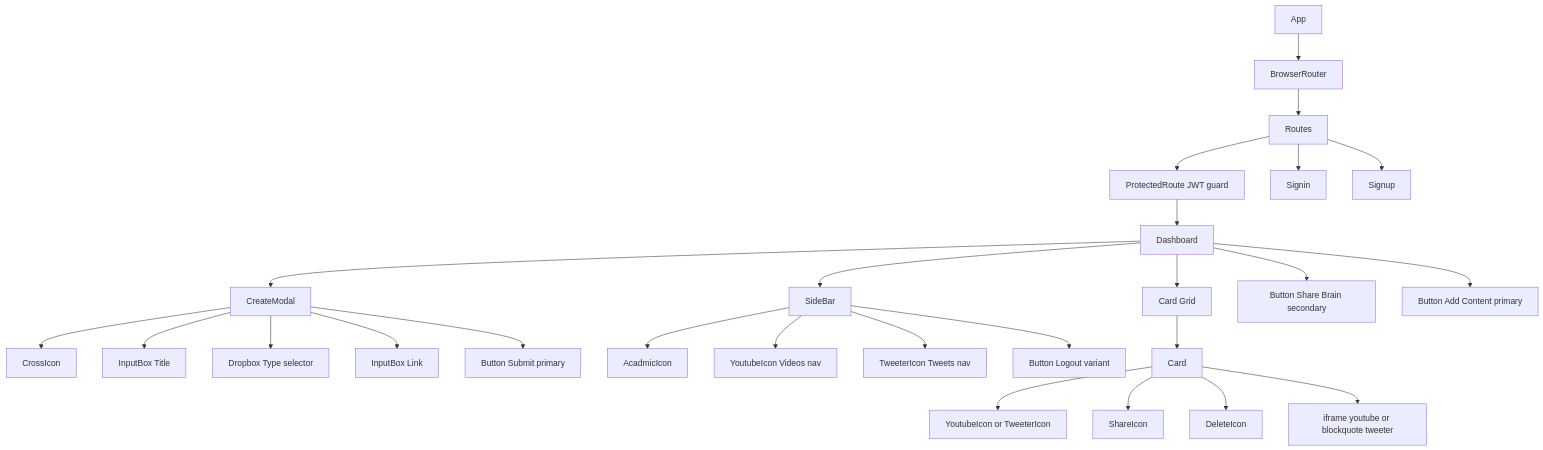
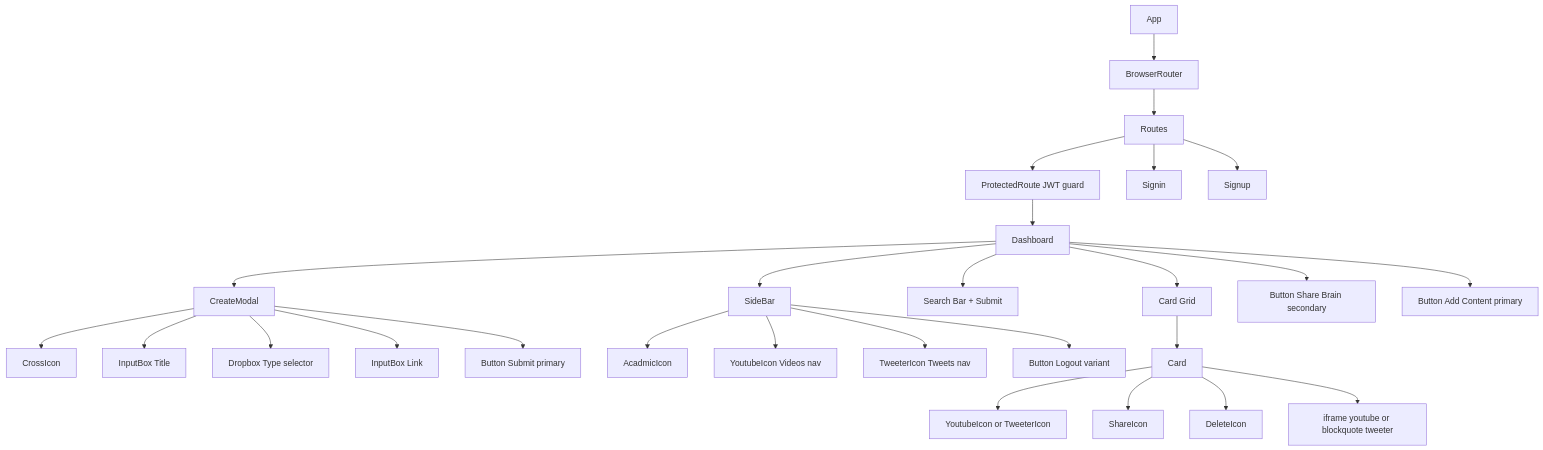
One commit to adityasrivastava19/brainly-frontend changed the second of 8 diagrams in README.md. Above: the diagram before and after it, drawn with Mermaid. The commit also changed other lines of this file and 6 other files, not shown here.

````diff
--- a/README.md
+++ b/README.md
@@ -117,35 +118,36 @@
 ```mermaid
 graph TD
     App --> BrowserRouter
     BrowserRouter --> Routes
 
     Routes --> PR["ProtectedRoute JWT guard"]
     Routes --> Signin
     Routes --> Signup
 
     PR --> Dashboard
 
     Dashboard --> CreateModal
     Dashboard --> SideBar
+    Dashboard --> SearchBar["Search Bar + Submit"]
     Dashboard --> CardGrid["Card Grid"]
     Dashboard --> Button_Share["Button Share Brain secondary"]
     Dashboard --> Button_Add["Button Add Content primary"]
 
     CreateModal --> CrossIcon
     CreateModal --> InputBox_Title["InputBox Title"]
     CreateModal --> Dropbox["Dropbox Type selector"]
     CreateModal --> InputBox_Link["InputBox Link"]
     CreateModal --> Button_Submit["Button Submit primary"]
 
     SideBar --> AcadmicIcon
     SideBar --> YoutubeIcon_SB["YoutubeIcon Videos nav"]
     SideBar --> TweeterIcon_SB["TweeterIcon Tweets nav"]
     SideBar --> Button_Logout["Button Logout variant"]
 
     CardGrid --> Card
 
     Card --> TypeIcon["YoutubeIcon or TweeterIcon"]
     Card --> ShareIcon_C["ShareIcon"]
     Card --> DeleteIcon_C["DeleteIcon"]
     Card --> Embed["iframe youtube or blockquote tweeter"]
 ```
````
